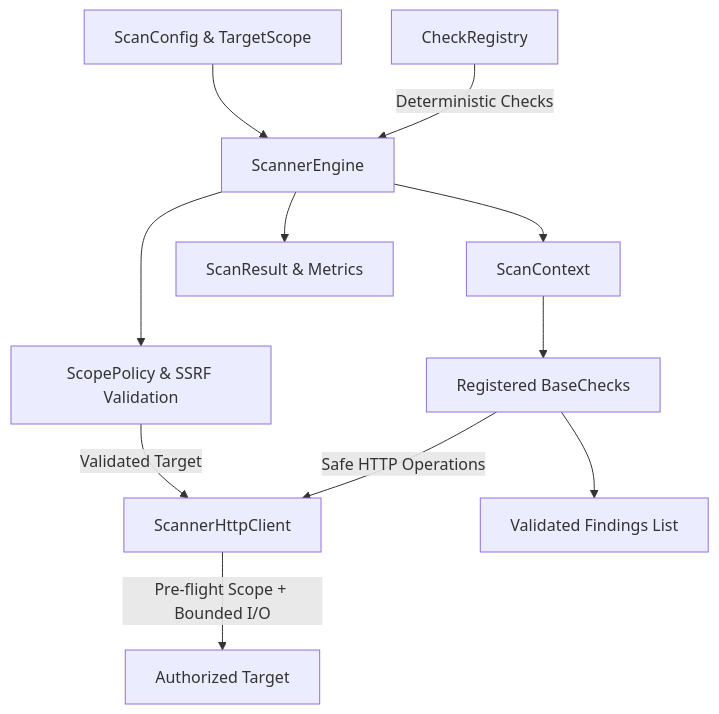
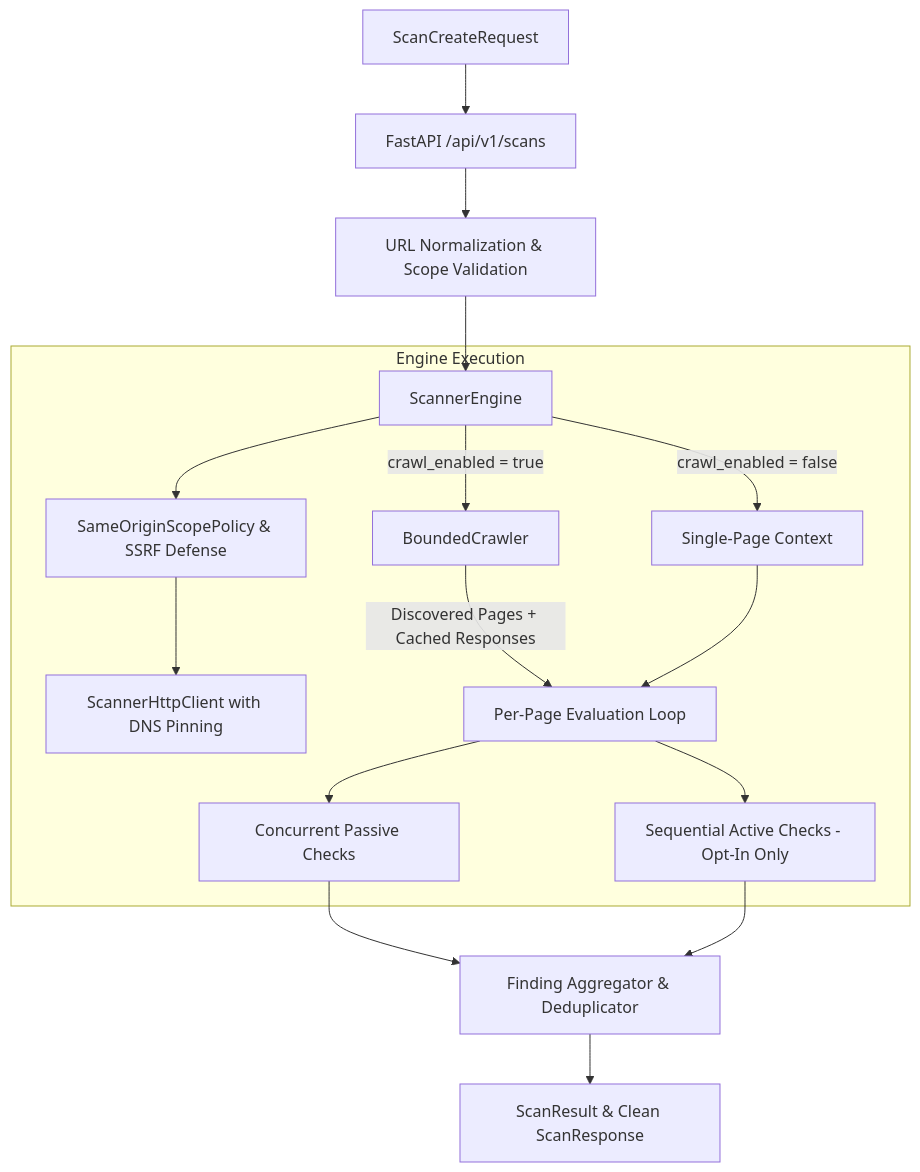
The diagram in docs/architecture.md (WebSec-Labs/WebVulnScanner), drawn with Mermaid before and after one commit. The commit also changed other lines of this file and 1 other file, not shown here.

Commit message:
docs: document Phase 5 scanner architecture

````diff
--- a/docs/architecture.md
+++ b/docs/architecture.md
@@ -51,13 +64,23 @@
 ```mermaid
 flowchart TD
-    Config[ScanConfig & TargetScope] --> Engine[ScannerEngine]
-    Engine --> Scope[ScopePolicy & SSRF Validation]
-    Scope -->|Validated Target| Client[ScannerHttpClient]
-    Registry[CheckRegistry] -->|Deterministic Checks| Engine
-    Engine --> Context[ScanContext]
-    Context --> Checks[Registered BaseChecks]
-    Checks -->|Safe HTTP Operations| Client
-    Client -->|Pre-flight Scope + Bounded I/O| Target[Authorized Target]
-    Checks --> Findings[Validated Findings List]
-    Engine --> Result[ScanResult & Metrics]
+    Req[ScanCreateRequest] --> API[FastAPI /api/v1/scans]
+    API --> Norm[URL Normalization & Scope Validation]
+    Norm --> Engine[ScannerEngine]
+
+    subgraph Engine Execution
+        Engine --> ScopePol[SameOriginScopePolicy & SSRF Defense]
+        ScopePol --> Client[ScannerHttpClient with DNS Pinning]
+
+        Engine -->|crawl_enabled = true| Crawler[BoundedCrawler]
+        Crawler -->|Discovered Pages + Cached Responses| PageLoop[Per-Page Evaluation Loop]
+        Engine -->|crawl_enabled = false| SinglePage[Single-Page Context]
+        SinglePage --> PageLoop
+
+        PageLoop --> PassiveChecks[Concurrent Passive Checks]
+        PageLoop --> ActiveChecks[Sequential Active Checks - Opt-In Only]
+    end
+
+    PassiveChecks --> Aggregator[Finding Aggregator & Deduplicator]
+    ActiveChecks --> Aggregator
+    Aggregator --> Result[ScanResult & Clean ScanResponse]
 ```
````
